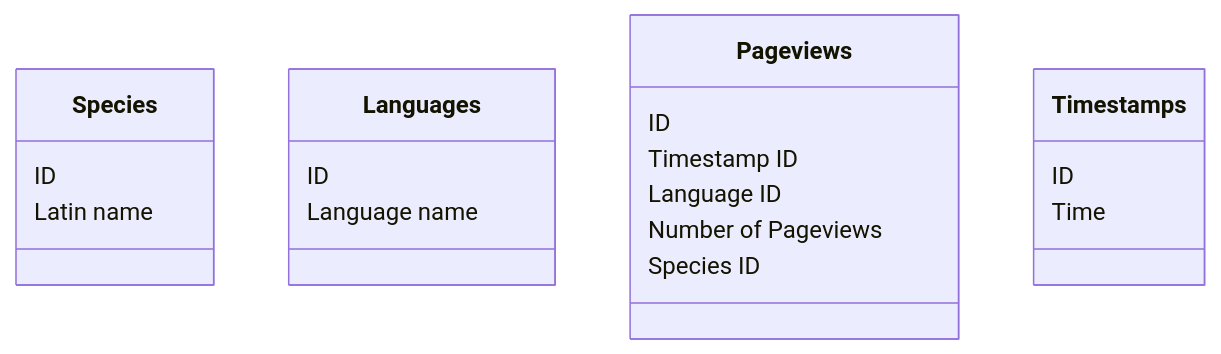
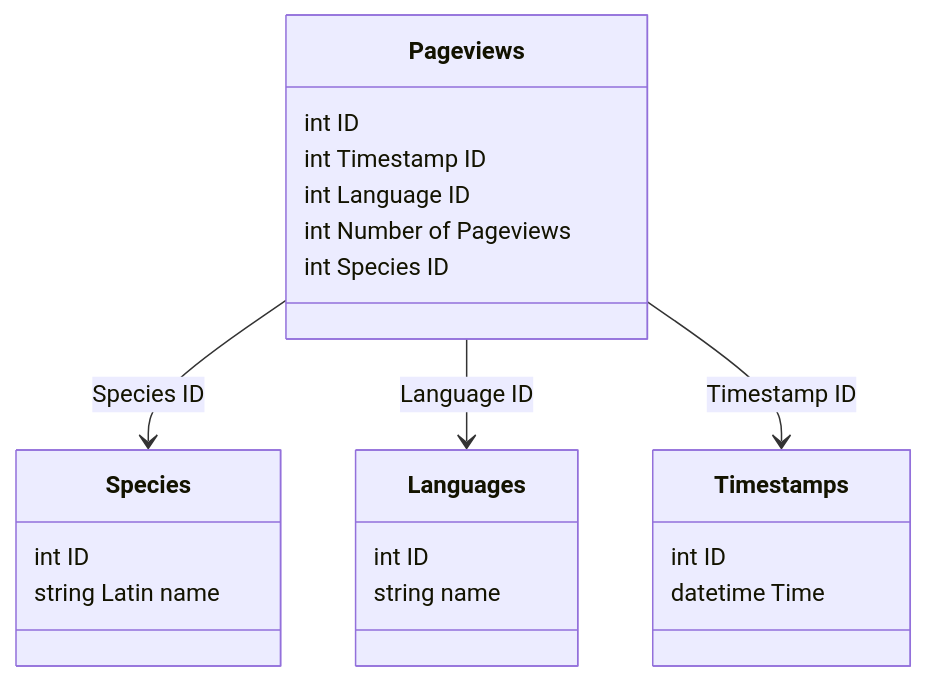
One commit to Garden-dormouse/DS_project changed the diagram in architecture.md. Above: the diagram before and after it, drawn with Mermaid.

Commit message:
update architecture of database

````diff
--- a/architecture.md
+++ b/architecture.md
@@ -1,23 +1,27 @@
 ```mermaid
 classDiagram
   class Species{
-        ID
-        Latin name
+        int  ID
+        string Latin name
     }
   class Languages{
-        ID
-        Language name
+        int ID
+        string name
     }
   class Pageviews{
-        ID
-        Timestamp ID
-        Language ID
-        Number of Pageviews
-        Species ID
+        int ID
+        int Timestamp ID
+        int Language ID
+        int Number of Pageviews
+        int Species ID
     }
   class Timestamps{
-        ID
-        Time
+        int ID
+        datetime Time
     }
+    %% Relationships (foreign keys)
+    Pageviews --> Species : Species ID
+    Pageviews --> Languages : Language ID
+    Pageviews --> Timestamps : Timestamp ID
 
 ```
````
